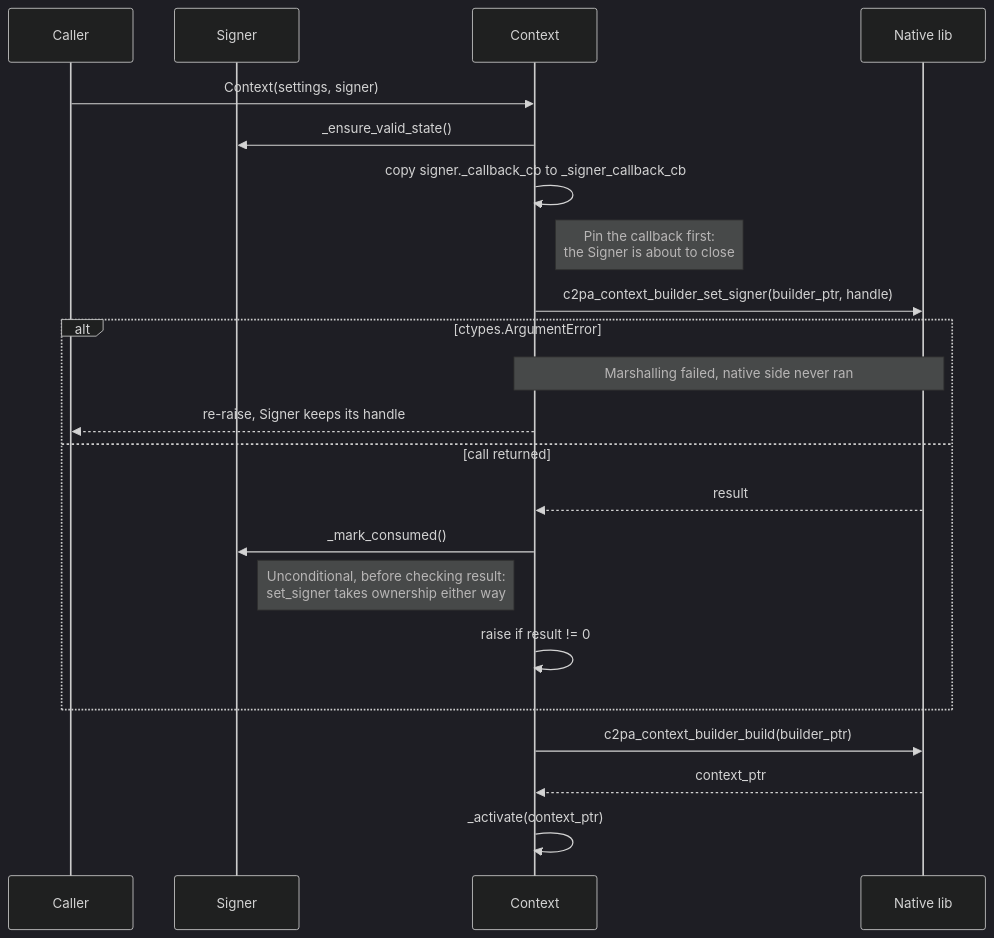
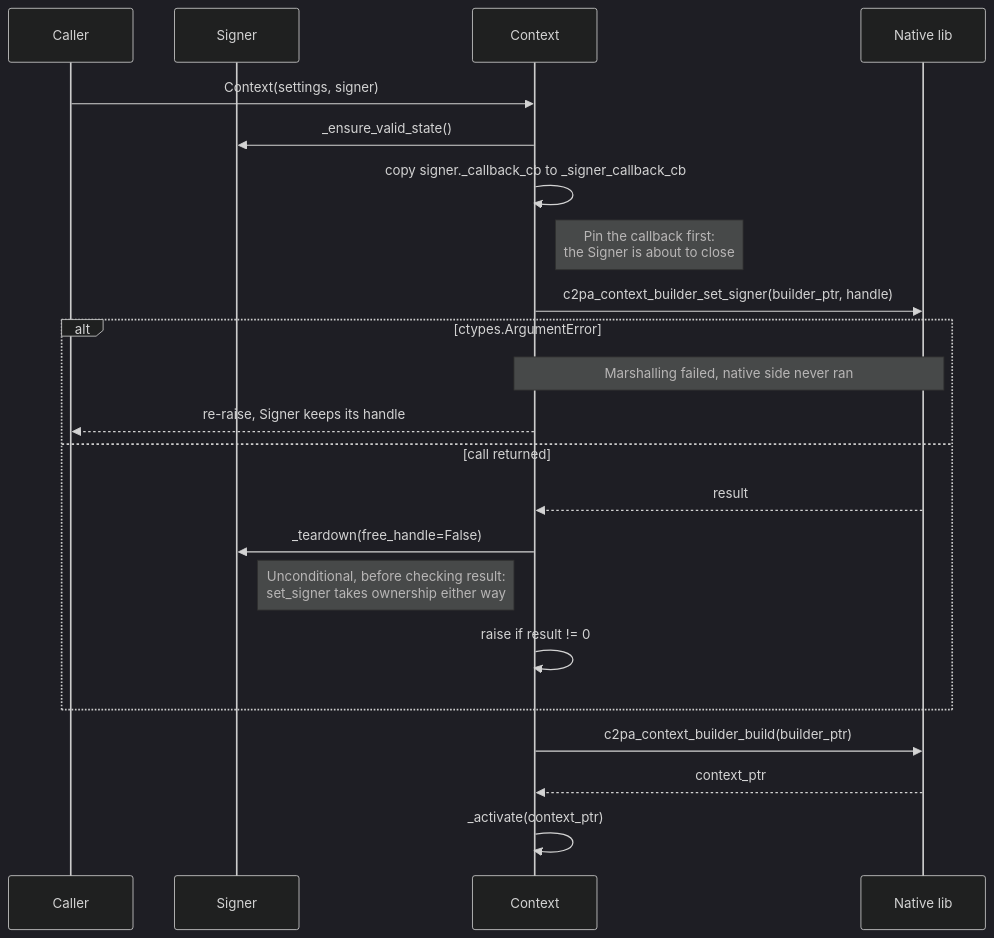
Before and after one commit to contentauth/c2pa-python: the sixth of 8 diagrams in docs/native-resources-management.md, drawn with Mermaid (dark theme). The commit also changed other lines of this file and 1 other file, not shown here.

````diff
--- a/docs/native-resources-management.md
+++ b/docs/native-resources-management.md
@@ -276,27 +286,27 @@
 ```mermaid
 sequenceDiagram
     participant C as Caller
     participant S as Signer
     participant X as Context
     participant N as Native lib
 
     C->>X: Context(settings, signer)
     X->>S: _ensure_valid_state()
     X->>X: copy signer._callback_cb to _signer_callback_cb
     Note right of X: Pin the callback first:<br/>the Signer is about to close
     X->>N: c2pa_context_builder_set_signer(builder_ptr, handle)
 
     alt ctypes.ArgumentError
         Note over X,N: Marshalling failed, native side never ran
         X-->>C: re-raise, Signer keeps its handle
     else call returned
         N-->>X: result
-        X->>S: _mark_consumed()
+        X->>S: _teardown(free_handle=False)
         Note right of S: Unconditional, before checking result:<br/>set_signer takes ownership either way
         X->>X: raise if result != 0
     end
 
     X->>N: c2pa_context_builder_build(builder_ptr)
     N-->>X: context_ptr
     X->>X: _activate(context_ptr)
 ```
````
